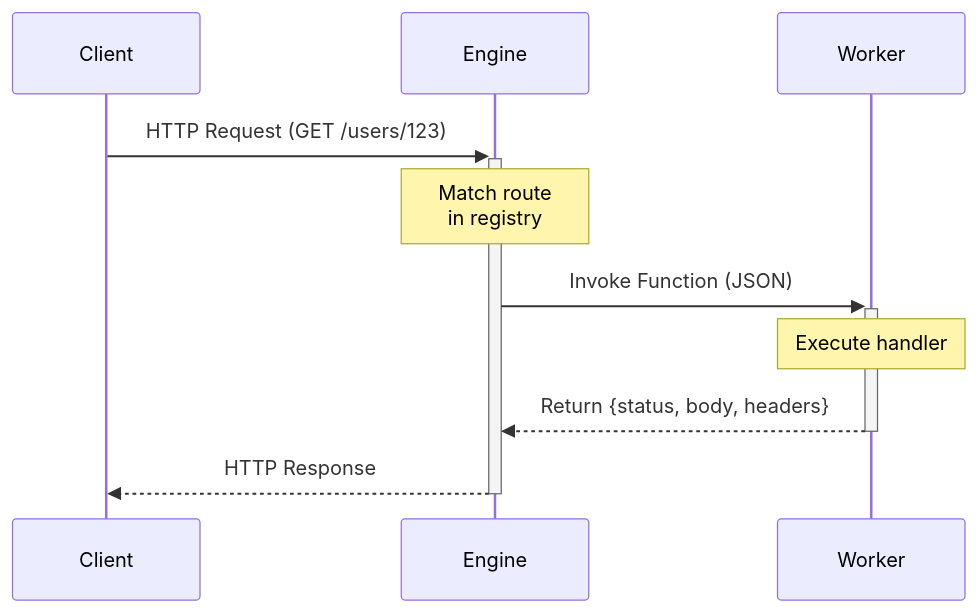
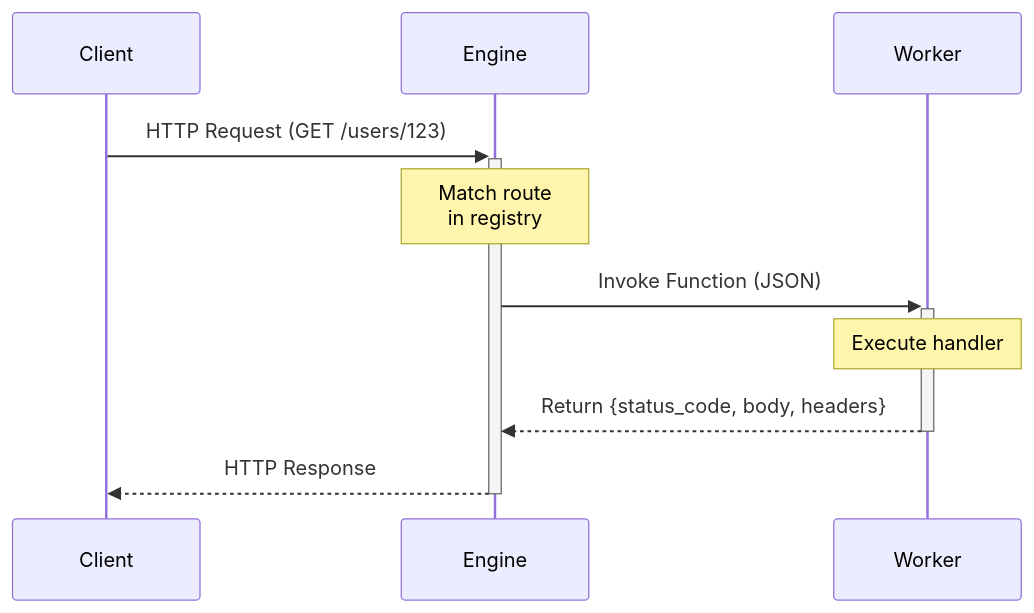
The diagram in content/modules/module-rest-api.mdx (iii-hq/docs), drawn with Mermaid before and after one commit. The commit also changed other lines of this file and 27 other files, not shown here.

````diff
--- a/content/modules/module-rest-api.mdx
+++ b/content/modules/module-rest-api.mdx
@@ -120,14 +124,14 @@
 ```mermaid
 sequenceDiagram
     participant Client
     participant Engine
     participant Worker
 
     Client->>+Engine: HTTP Request (GET /users/123)
     Note over Engine: Match route<br/>in registry
     Engine->>+Worker: Invoke Function (JSON)
     Note over Worker: Execute handler
 
-    Worker-->>-Engine: Return {status, body, headers}
+    Worker-->>-Engine: Return {status_code, body, headers}
     Engine-->>-Client: HTTP Response
 ```
````
